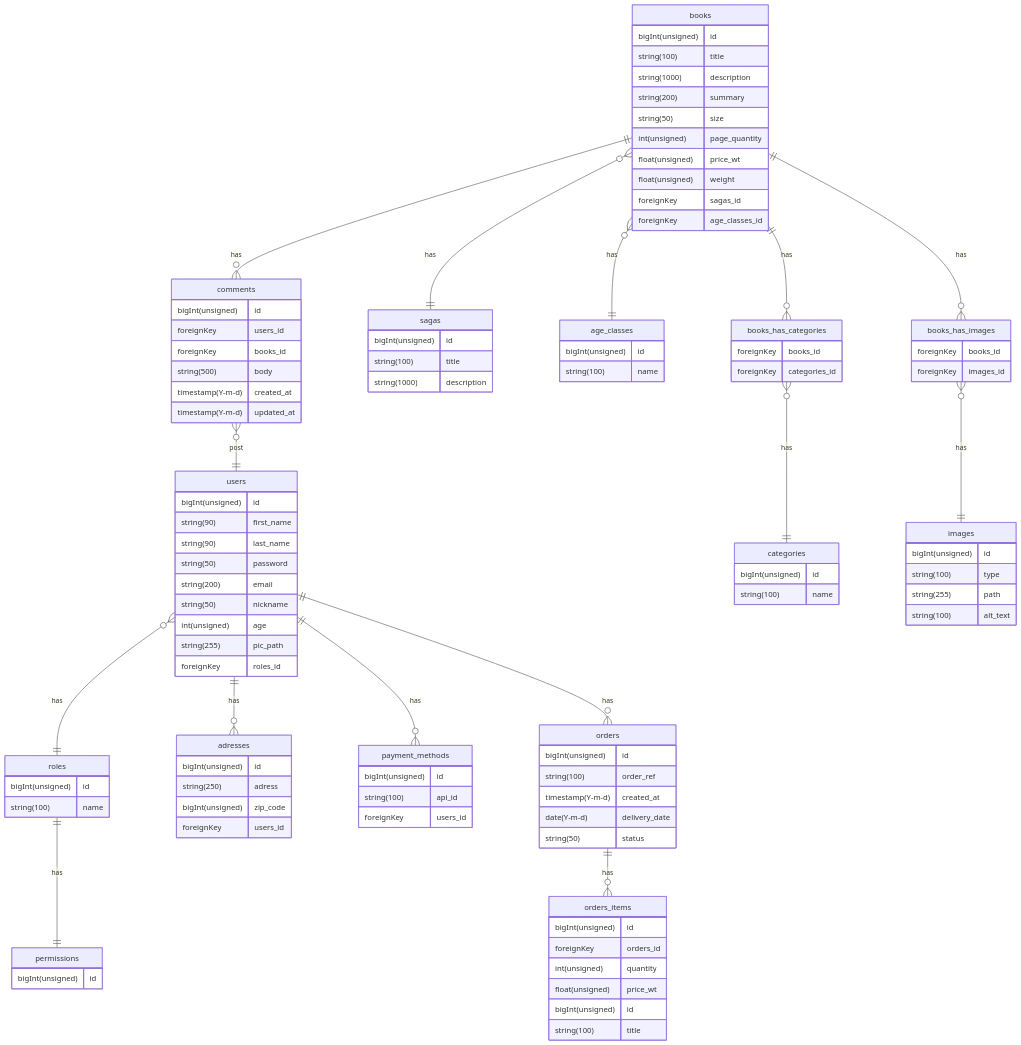
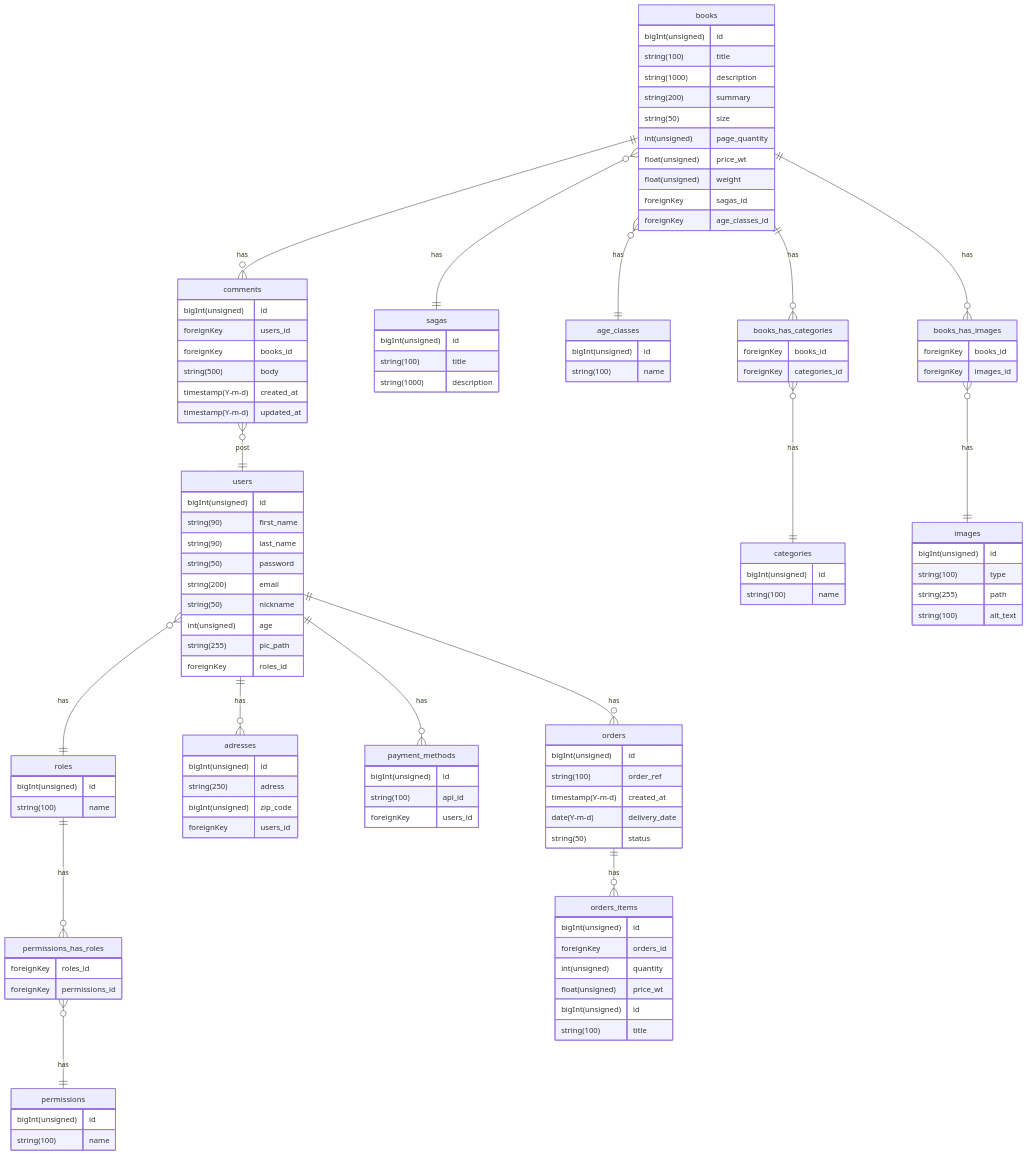
Before and after one commit to charlyol/ECommerce-SCHA: the diagram in doc/dbDiagram.md, drawn with Mermaid.

Commit message:
mise à jour du diagramme DataBase selon les coneils de maxime

````diff
--- a/doc/dbDiagram.md
+++ b/doc/dbDiagram.md
@@ -2,7 +2,8 @@
 ```mermaid
 erDiagram
 users }o--|| roles : "has"
-roles ||--|| permissions : "has"
+roles ||--o{ permissions_has_roles : "has"
+permissions_has_roles }o--|| permissions : "has"
 users ||--o{ adresses: "has"
 users ||--o{ payment_methods :  "has"
 users ||--o{ orders : "has"
@@ -20,8 +21,13 @@
 bigInt(unsigned) id
 string(100) name
 }
+permissions_has_roles {
+    foreignKey roles_id
+    foreignKey permissions_id
+}
 permissions{
 bigInt(unsigned) id
+string(100) name
 }
 users {
 bigInt(unsigned) id
````
